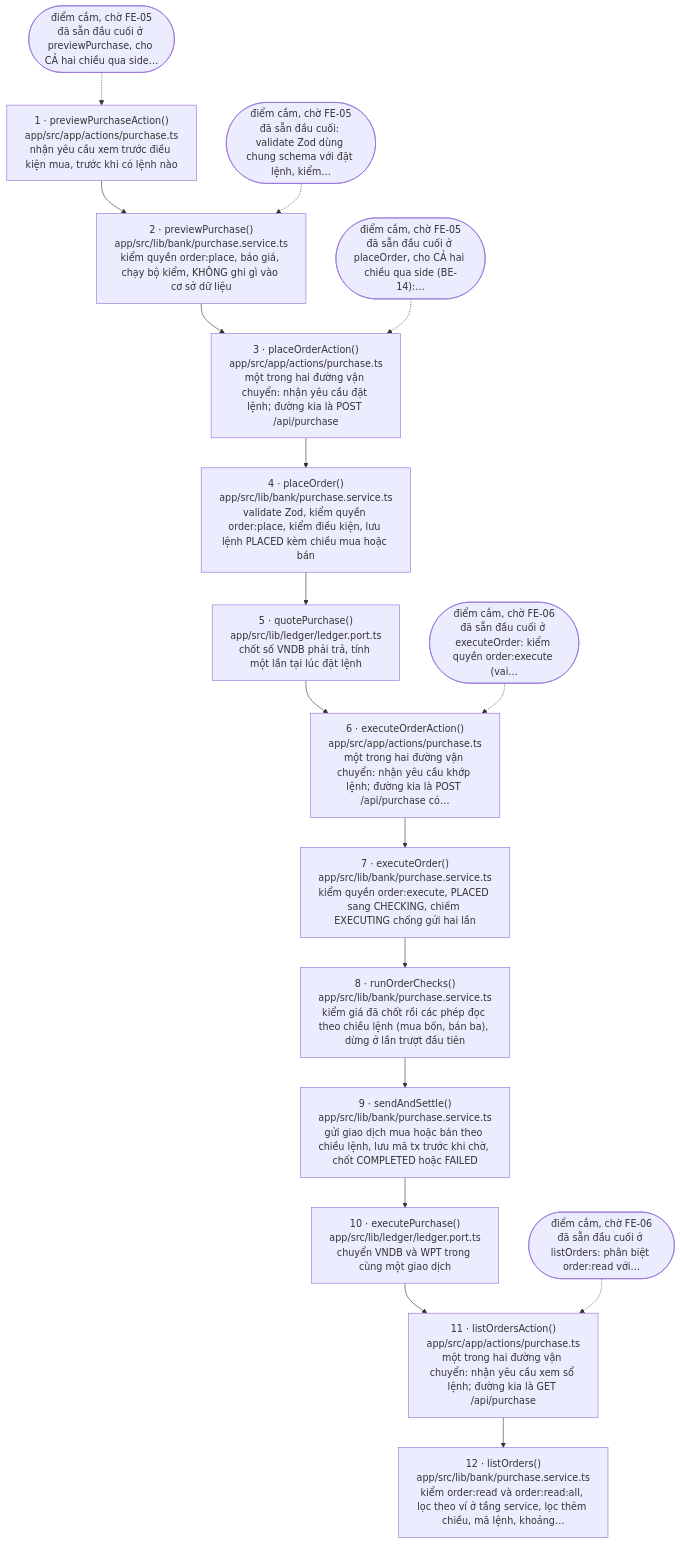
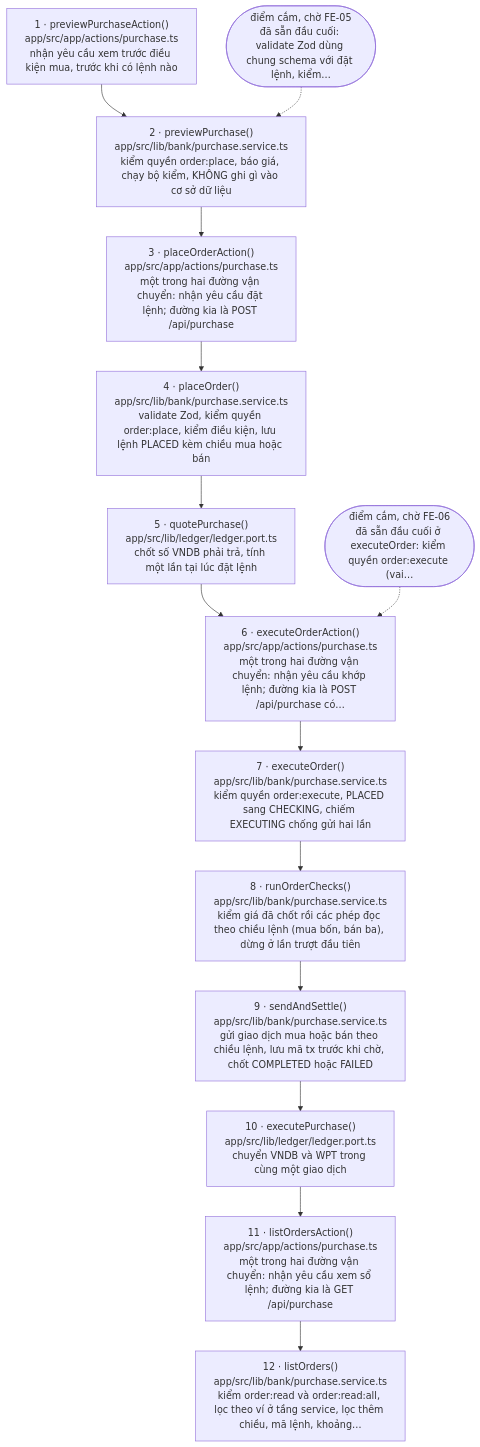
Before and after one commit to tuannino/bidv-rwa-tokenize: the diagram in docs/flows/purchase.md, drawn with Mermaid. The commit also changed other lines of this file and 6 other files, not shown here.

First line of the commit message:
docs(fe-25): báo cáo công nghệ 3.1 (mục 3.18 hai màn Nhà đầu tư), sinh lại bảng điểm cắm và sơ đồ purchase; thay ký tự trong chữ hiển thị

````diff
--- a/docs/flows/purchase.md
+++ b/docs/flows/purchase.md
@@ -21,36 +21,30 @@
 ```mermaid
 flowchart TD
   s1["1 · previewPurchaseAction()<br/>app/src/app/actions/purchase.ts<br/>nhận yêu cầu xem trước điều kiện mua, trước khi có lệnh nào"]
   s2["2 · previewPurchase()<br/>app/src/lib/bank/purchase.service.ts<br/>kiểm quyền order:place, báo giá, chạy bộ kiểm, KHÔNG ghi gì vào cơ sở dữ liệu"]
   s3["3 · placeOrderAction()<br/>app/src/app/actions/purchase.ts<br/>một trong hai đường vận chuyển: nhận yêu cầu đặt lệnh; đường kia là POST /api/purchase"]
   s4["4 · placeOrder()<br/>app/src/lib/bank/purchase.service.ts<br/>validate Zod, kiểm quyền order:place, kiểm điều kiện, lưu lệnh PLACED kèm chiều mua hoặc bán"]
   s5["5 · quotePurchase()<br/>app/src/lib/ledger/ledger.port.ts<br/>chốt số VNDB phải trả, tính một lần tại lúc đặt lệnh"]
   s6["6 · executeOrderAction()<br/>app/src/app/actions/purchase.ts<br/>một trong hai đường vận chuyển: nhận yêu cầu khớp lệnh; đường kia là POST /api/purchase có…"]
   s7["7 · executeOrder()<br/>app/src/lib/bank/purchase.service.ts<br/>kiểm quyền order:execute, PLACED sang CHECKING, chiếm EXECUTING chống gửi hai lần"]
   s8["8 · runOrderChecks()<br/>app/src/lib/bank/purchase.service.ts<br/>kiểm giá đã chốt rồi các phép đọc theo chiều lệnh (mua bốn, bán ba), dừng ở lần trượt đầu tiên"]
   s9["9 · sendAndSettle()<br/>app/src/lib/bank/purchase.service.ts<br/>gửi giao dịch mua hoặc bán theo chiều lệnh, lưu mã tx trước khi chờ, chốt COMPLETED hoặc FAILED"]
   s10["10 · executePurchase()<br/>app/src/lib/ledger/ledger.port.ts<br/>chuyển VNDB và WPT trong cùng một giao dịch"]
   s11["11 · listOrdersAction()<br/>app/src/app/actions/purchase.ts<br/>một trong hai đường vận chuyển: nhận yêu cầu xem sổ lệnh; đường kia là GET /api/purchase"]
   s12["12 · listOrders()<br/>app/src/lib/bank/purchase.service.ts<br/>kiểm order:read và order:read:all, lọc theo ví ở tầng service, lọc thêm chiều, mã lệnh, khoảng…"]
-  w1(["điểm cắm, chờ FE-05<br/>đã sẵn đầu cuối ở previewPurchase, cho CẢ hai chiều qua side…"])
-  w2(["điểm cắm, chờ FE-05<br/>đã sẵn đầu cuối: validate Zod dùng chung schema với đặt lệnh, kiểm…"])
-  w3(["điểm cắm, chờ FE-05<br/>đã sẵn đầu cuối ở placeOrder, cho CẢ hai chiều qua side (BE-14):…"])
-  w4(["điểm cắm, chờ FE-06<br/>đã sẵn đầu cuối ở executeOrder: kiểm quyền order:execute (vai…"])
-  w5(["điểm cắm, chờ FE-06<br/>đã sẵn đầu cuối ở listOrders: phân biệt order:read với…"])
+  w1(["điểm cắm, chờ FE-05<br/>đã sẵn đầu cuối: validate Zod dùng chung schema với đặt lệnh, kiểm…"])
+  w2(["điểm cắm, chờ FE-06<br/>đã sẵn đầu cuối ở executeOrder: kiểm quyền order:execute (vai…"])
   s1 --> s2
   s2 --> s3
   s3 --> s4
   s4 --> s5
   s5 --> s6
   s6 --> s7
   s7 --> s8
   s8 --> s9
   s9 --> s10
   s10 --> s11
   s11 --> s12
-  w1 -.-> s1
-  w2 -.-> s2
-  w3 -.-> s3
-  w4 -.-> s6
-  w5 -.-> s11
+  w1 -.-> s2
+  w2 -.-> s6
 ```
````
